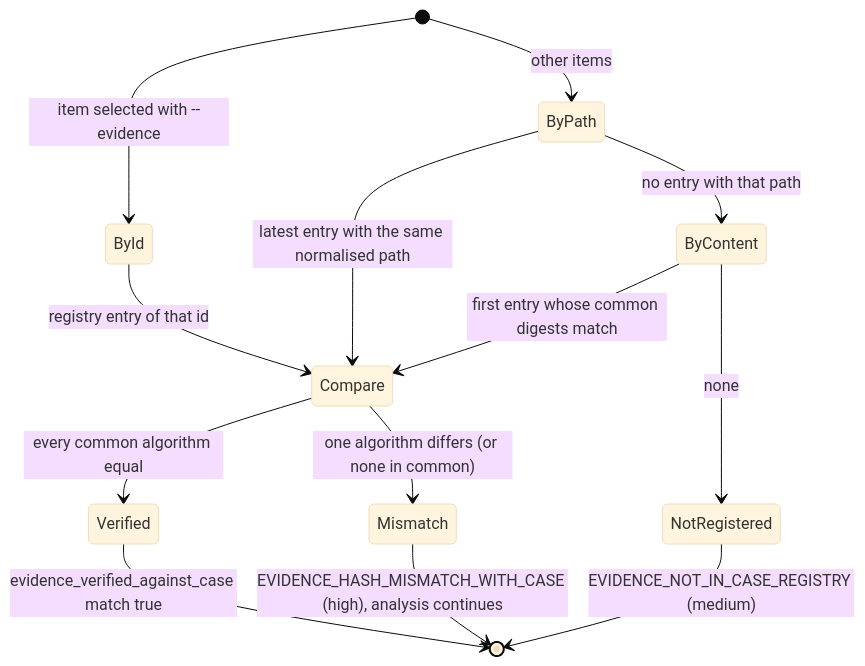
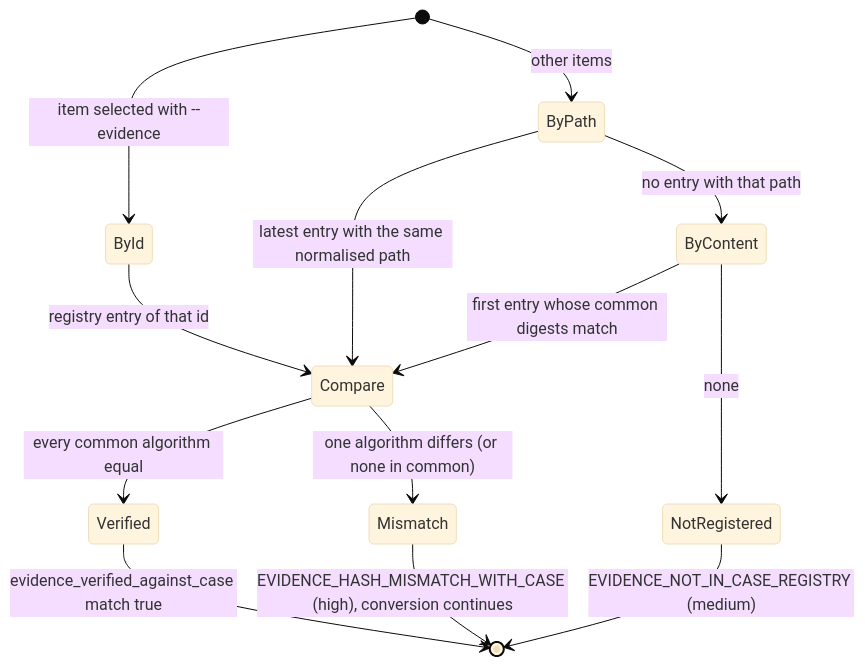
Diagram 12 of 13 in docs/theory.md (Panacota96/rv-rsmf), drawn with Mermaid (base theme) before and after one commit. The commit also changed other lines of this file and 12 other files, not shown here.

````diff
--- a/docs/theory.md
+++ b/docs/theory.md
@@ -550,15 +909,15 @@
 ```mermaid
 stateDiagram-v2
     [*] --> ById: item selected with --evidence
     [*] --> ByPath: other items
     ById --> Compare: registry entry of that id
     ByPath --> Compare: latest entry with the same normalised path
     ByPath --> ByContent: no entry with that path
     ByContent --> Compare: first entry whose common digests match
     ByContent --> NotRegistered: none
     Compare --> Verified: every common algorithm equal
     Compare --> Mismatch: one algorithm differs (or none in common)
     Verified --> [*]: evidence_verified_against_case match true
-    Mismatch --> [*]: EVIDENCE_HASH_MISMATCH_WITH_CASE (high), analysis continues
+    Mismatch --> [*]: EVIDENCE_HASH_MISMATCH_WITH_CASE (high), conversion continues
     NotRegistered --> [*]: EVIDENCE_NOT_IN_CASE_REGISTRY (medium)
 ```
````
